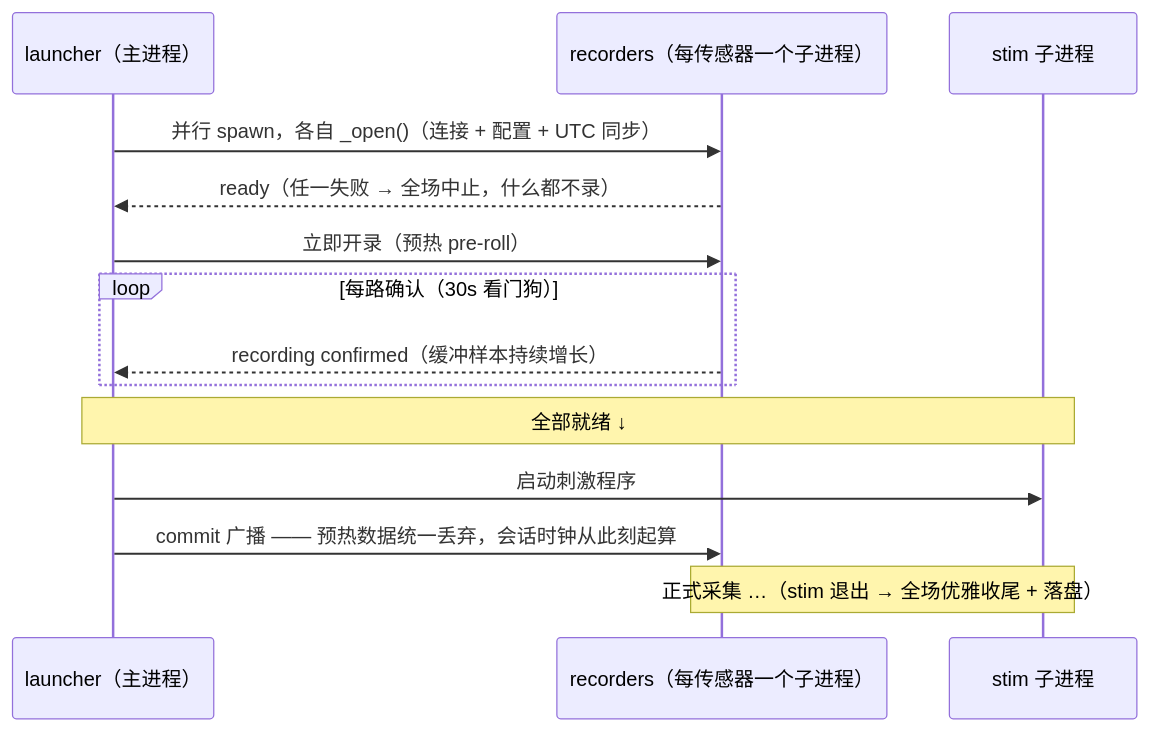
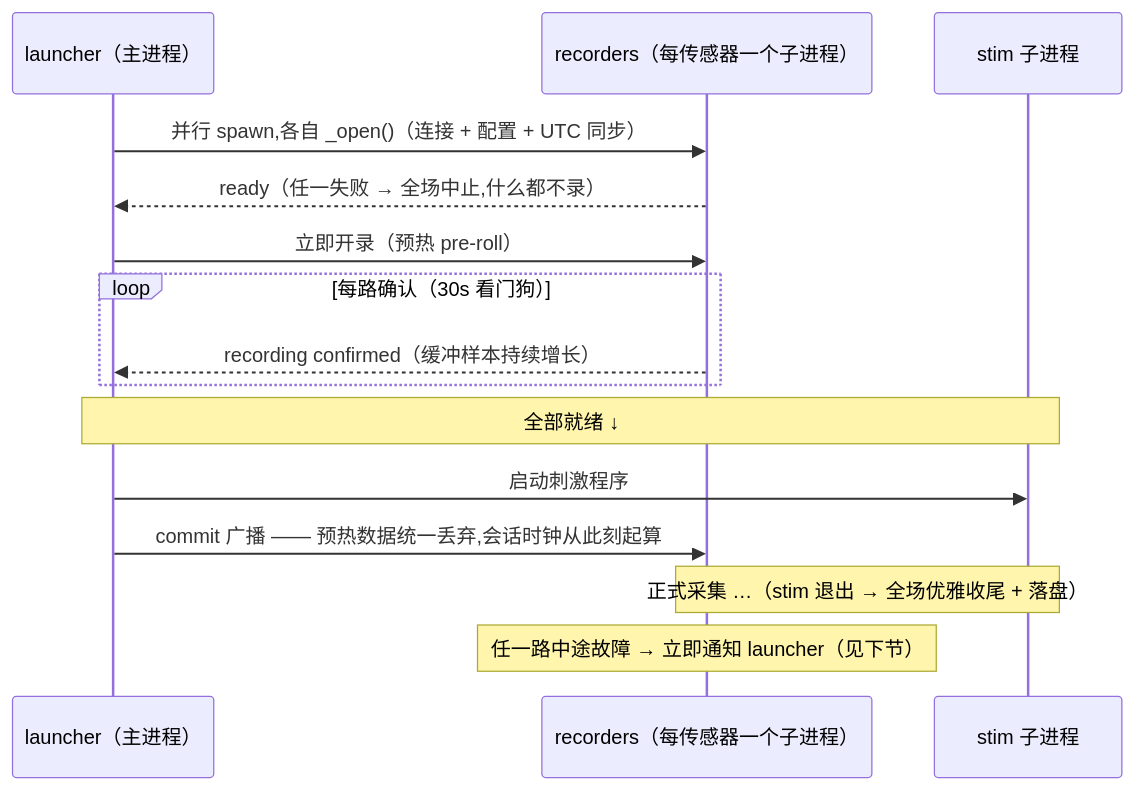
The third of 7 diagrams in README.md (Koorye/Embodied-Brain-Collect), drawn with Mermaid before and after one commit. The commit also changed other lines of this file, not shown here.

````diff
--- a/README.md
+++ b/README.md
@@ -146,16 +203,17 @@
 ```mermaid
 sequenceDiagram
     participant L as launcher（主进程）
     participant R as recorders（每传感器一个子进程）
     participant S as stim 子进程
-    L->>R: 并行 spawn，各自 _open()（连接 + 配置 + UTC 同步）
-    R-->>L: ready（任一失败 → 全场中止，什么都不录）
+    L->>R: 并行 spawn,各自 _open()（连接 + 配置 + UTC 同步）
+    R-->>L: ready（任一失败 → 全场中止,什么都不录）
     L->>R: 立即开录（预热 pre-roll）
     loop 每路确认（30s 看门狗）
         R-->>L: recording confirmed（缓冲样本持续增长）
     end
     Note over L,S: 全部就绪 ↓
     L->>S: 启动刺激程序
-    L->>R: commit 广播 —— 预热数据统一丢弃，会话时钟从此刻起算
+    L->>R: commit 广播 —— 预热数据统一丢弃,会话时钟从此刻起算
     Note over R,S: 正式采集 …（stim 退出 → 全场优雅收尾 + 落盘）
+    Note over R: 任一路中途故障 → 立即通知 launcher（见下节）
 ```
````
